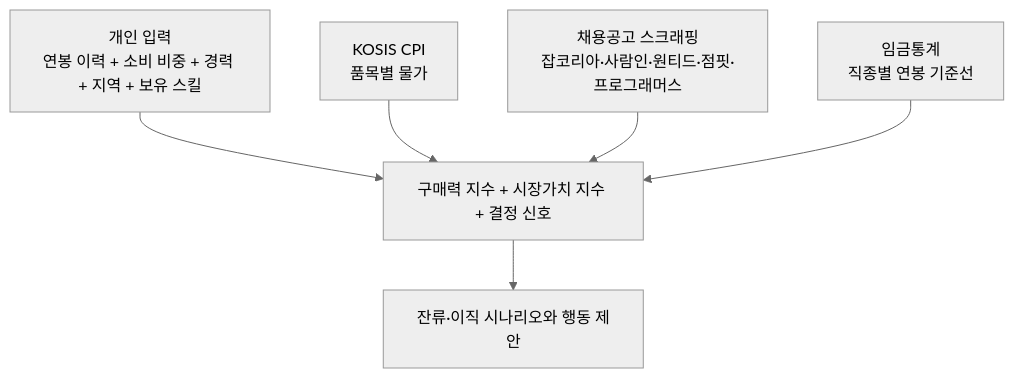
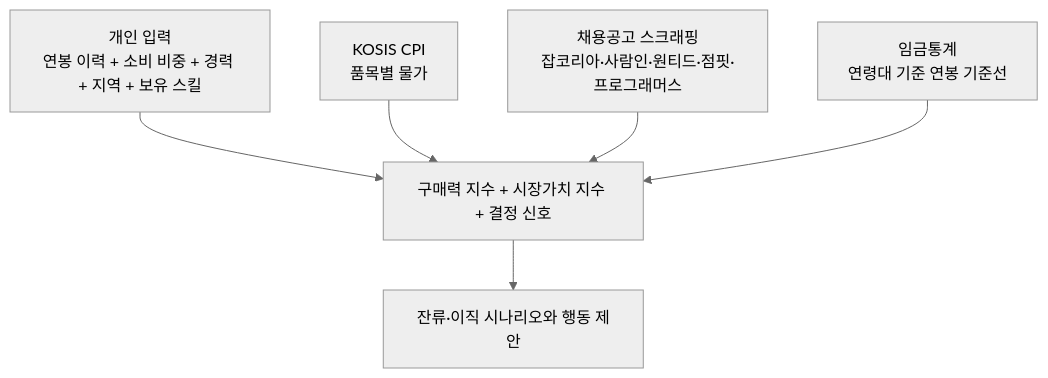
The first of 2 diagrams in README.md (SeoHyeokGyu/Carix), drawn with Mermaid (neutral theme) before and after one commit. The commit also changed other lines of this file and 9 other files, not shown here.

````diff
--- a/README.md
+++ b/README.md
@@ -37,14 +37,14 @@
 ```mermaid
 flowchart TD
     Input[개인 입력<br>연봉 이력 + 소비 비중 + 경력 + 지역 + 보유 스킬]
     Kosis[KOSIS CPI<br>품목별 물가]
     Postings[채용공고 스크래핑<br>잡코리아·사람인·원티드·점핏·프로그래머스]
-    Wage[임금통계<br>직종별 연봉 기준선]
+    Wage[임금통계<br>연령대 기준 연봉 기준선]
     
     Input --> Output[구매력 지수 + 시장가치 지수 + 결정 신호]
     Kosis --> Output
     Postings --> Output
     Wage --> Output
     
     Output --> Scenario[잔류·이직 시나리오와 행동 제안]
 ```
````
